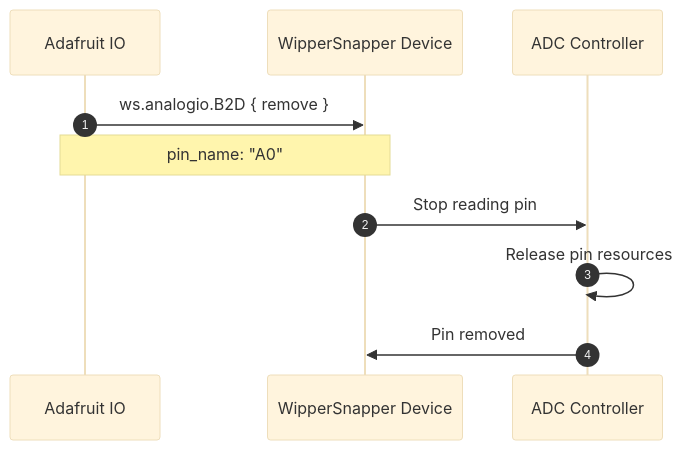
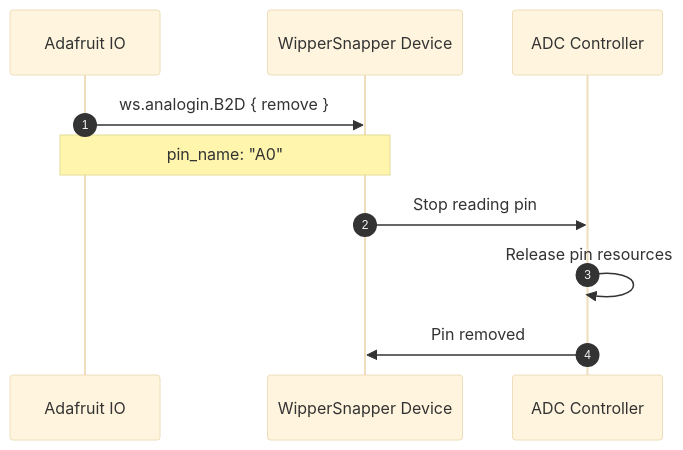
One commit to adafruit/Wippersnapper_Protobuf changed the second of 2 diagrams in proto/wippersnapper/docs/analogio.md. Above: the diagram before and after it, drawn with Mermaid (base theme). The commit also changed other lines of this file and 8 other files, not shown here.

````diff
--- a/proto/wippersnapper/docs/analogio.md
+++ b/proto/wippersnapper/docs/analogio.md
@@ -60,14 +60,14 @@
 ```mermaid
 sequenceDiagram
 autonumber
 participant IO as Adafruit IO
 participant Device as WipperSnapper Device
 participant ADC as ADC Controller
 
-IO->>Device: ws.analogio.B2D { remove }
+IO->>Device: ws.analogin.B2D { remove }
 Note over IO,Device: pin_name: "A0"
 
 Device->>ADC: Stop reading pin
 ADC->>ADC: Release pin resources
 ADC->>Device: Pin removed
 ```
````
